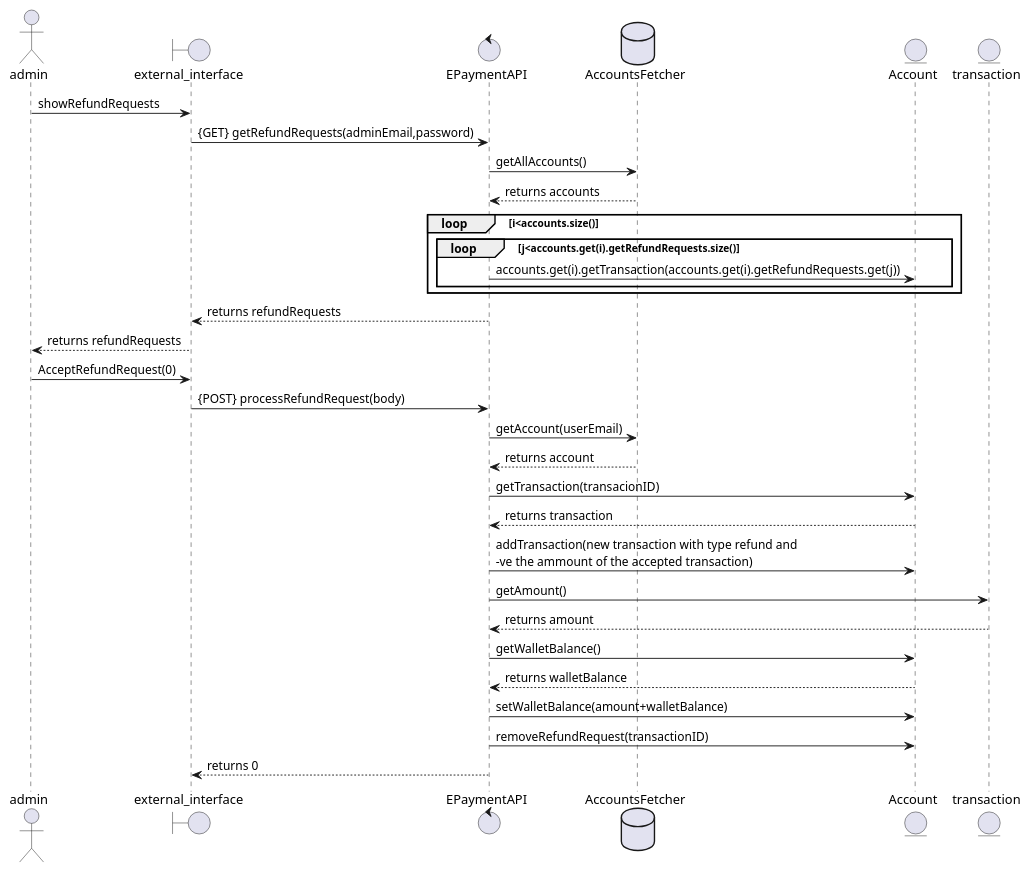
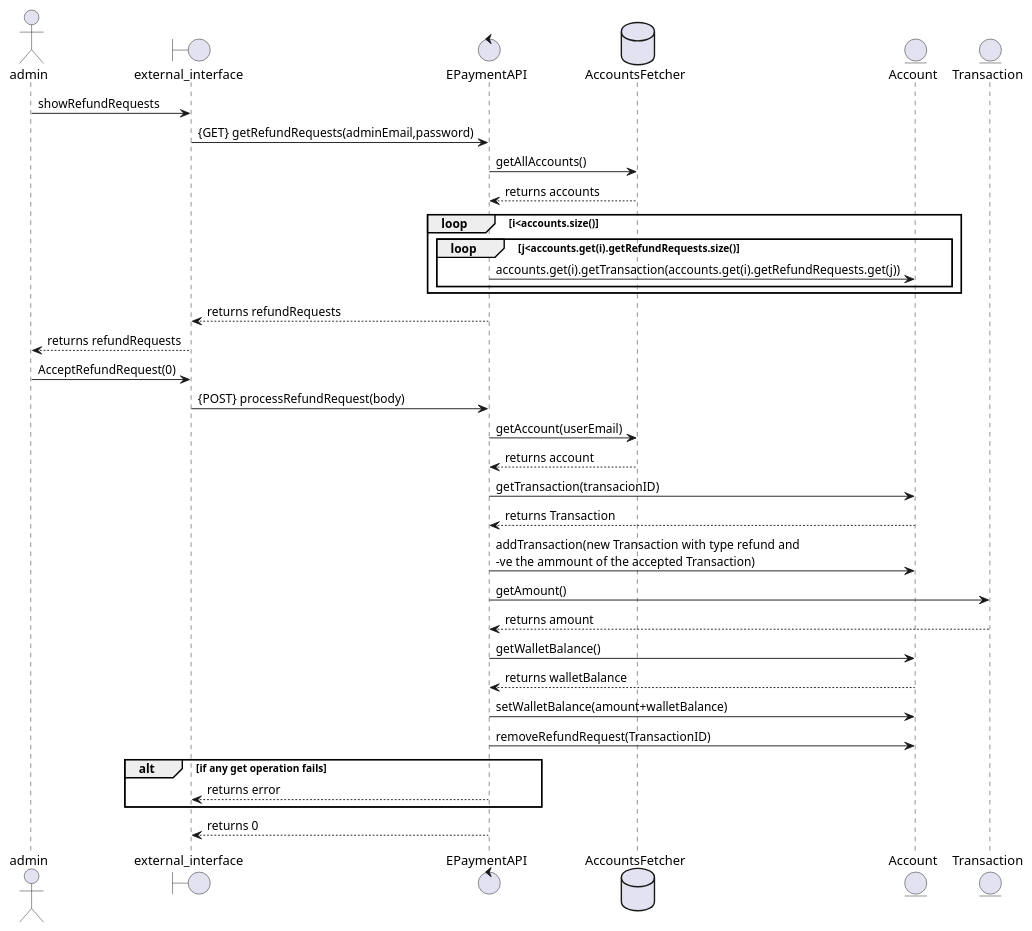
One commit to greatyassoo/EPayment changed the diagram in Diagrams/AcceptRefund.iuml. Above: the diagram before and after it, drawn with PlantUML. The commit also changed 22 other files, not shown here.

```diff
--- a/Diagrams/AcceptRefund.iuml
+++ b/Diagrams/AcceptRefund.iuml
@@ -1,36 +1,39 @@
 @startuml admin_acceptRefund
 
 actor admin
 boundary external_interface as external_interface
 control EPaymentAPI as EPaymentAPI
 database AccountsFetcher as AccountsFetcher
 entity Account as Account
-entity transaction as transaction
+entity Transaction as Transaction
 admin->external_interface:showRefundRequests
 external_interface->EPaymentAPI:{GET} getRefundRequests(adminEmail,password)
 EPaymentAPI->AccountsFetcher:getAllAccounts()
 AccountsFetcher-->EPaymentAPI:returns accounts
 
 loop i<accounts.size()
     loop j<accounts.get(i).getRefundRequests.size()
     EPaymentAPI->Account:accounts.get(i).getTransaction(accounts.get(i).getRefundRequests.get(j))
     end    
 end
 
 EPaymentAPI-->external_interface:returns refundRequests
 external_interface-->admin:returns refundRequests
 admin->external_interface:AcceptRefundRequest(0)
 external_interface->EPaymentAPI:{POST} processRefundRequest(body)
 EPaymentAPI->AccountsFetcher:getAccount(userEmail)
 AccountsFetcher-->EPaymentAPI:returns account
 EPaymentAPI->Account:getTransaction(transacionID)
-Account-->EPaymentAPI:returns transaction
-EPaymentAPI->Account:addTransaction(new transaction with type refund and \n-ve the ammount of the accepted transaction)
-EPaymentAPI->transaction:getAmount()
-transaction-->EPaymentAPI:returns amount
+Account-->EPaymentAPI:returns Transaction
+EPaymentAPI->Account:addTransaction(new Transaction with type refund and \n-ve the ammount of the accepted Transaction)
+EPaymentAPI->Transaction:getAmount()
+Transaction-->EPaymentAPI:returns amount
 EPaymentAPI->Account:getWalletBalance()
 Account-->EPaymentAPI:returns walletBalance
 EPaymentAPI->Account:setWalletBalance(amount+walletBalance)
-EPaymentAPI->Account:removeRefundRequest(transactionID)
+EPaymentAPI->Account:removeRefundRequest(TransactionID)
+alt if any get operation fails
+    EPaymentAPI-->external_interface:returns error
+end
 EPaymentAPI-->external_interface:returns 0
 @enduml
```
